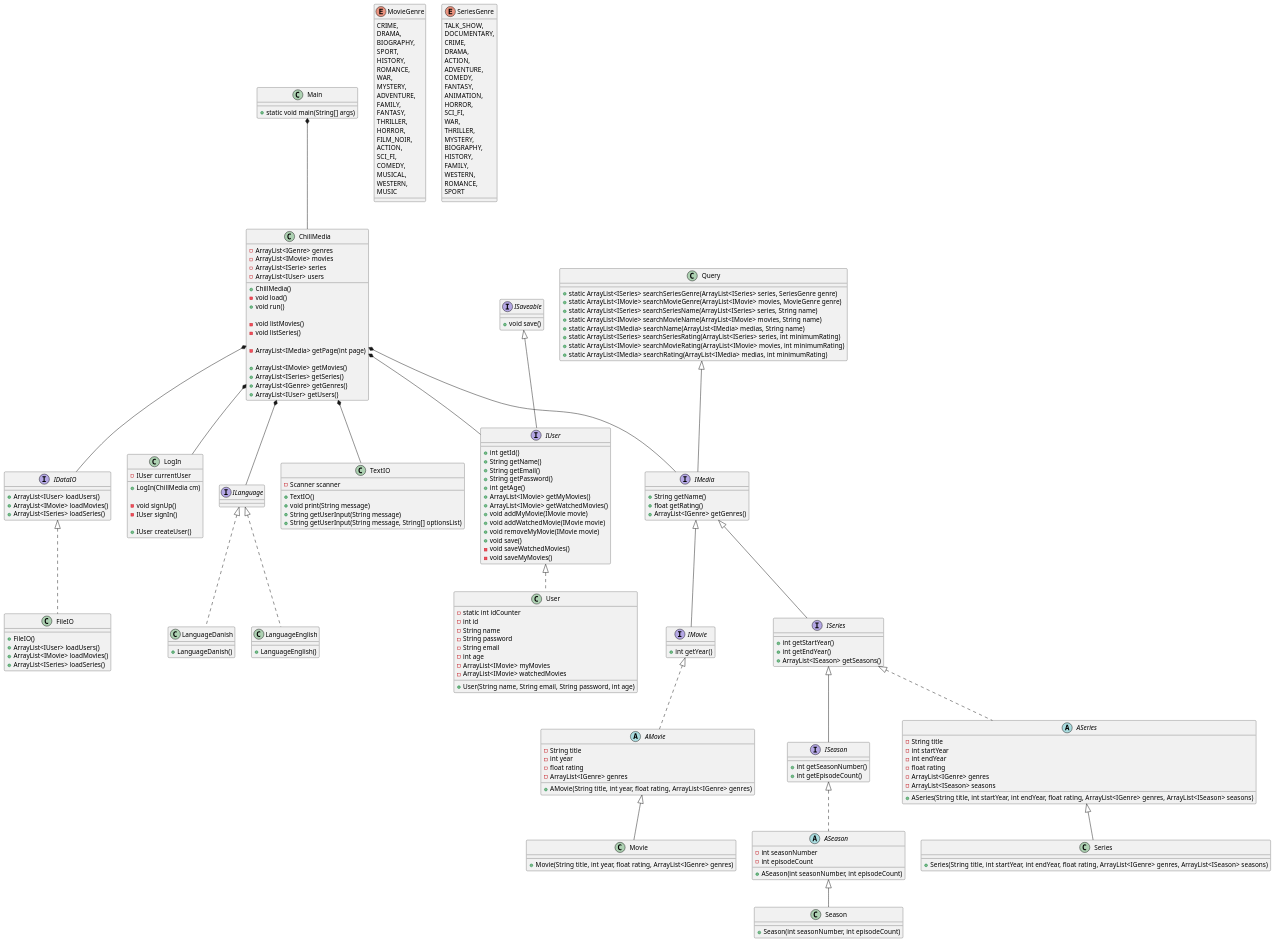
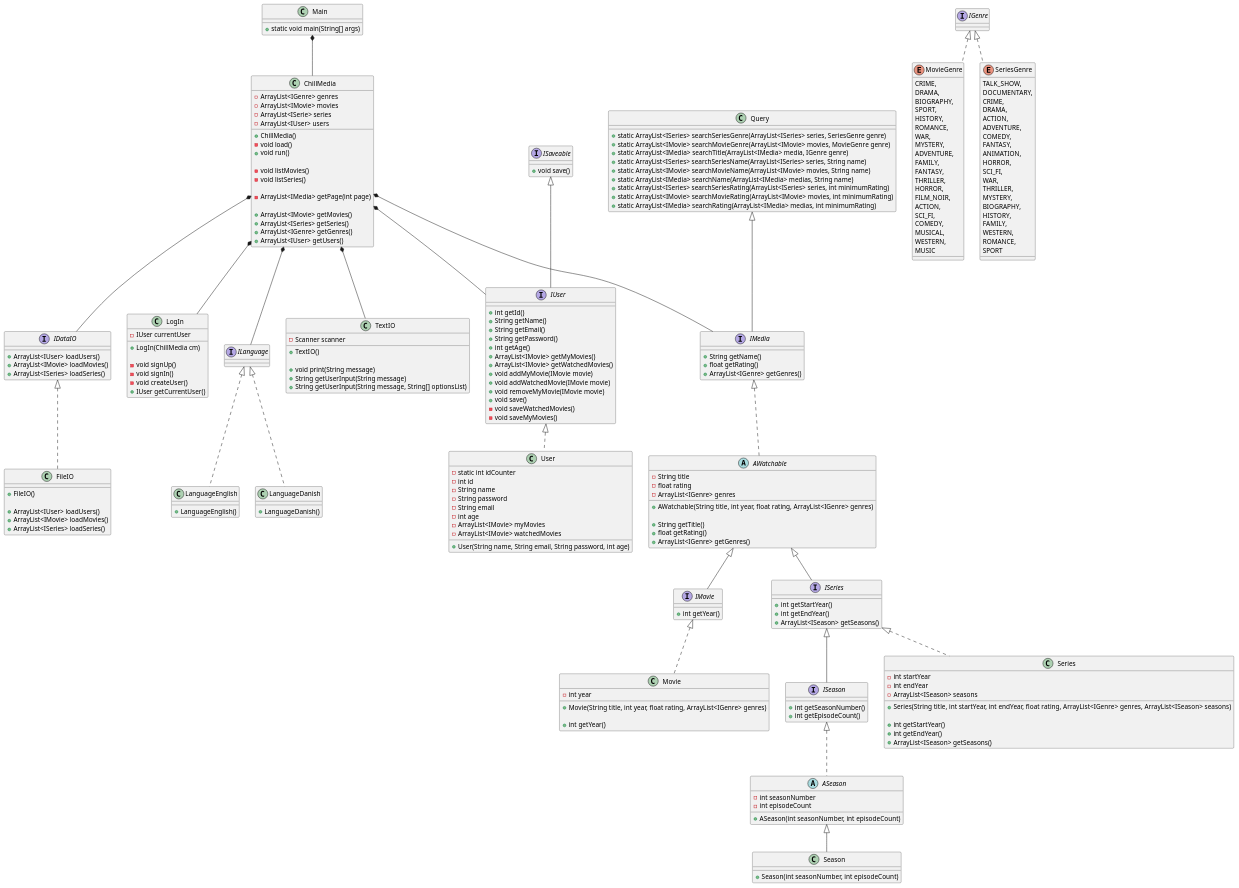
One commit to Peter537/Dat1-SP3 changed the diagram in Documentation/Streamingtjeneste.puml. Above: the diagram before and after it, drawn with PlantUML.

```diff
--- a/Documentation/Streamingtjeneste.puml
+++ b/Documentation/Streamingtjeneste.puml
@@ -8,7 +8,7 @@
     + static void main(String[] args)
 }
 
-' MAIN KLASSEN
+' Main klassen
 class ChillMedia {
     - ArrayList<IGenre> genres
     - ArrayList<IMovie> movies
@@ -36,17 +36,17 @@
     + LogIn(ChillMedia cm)
 
     - void signUp()
-    - IUser signIn()
-
-    + IUser createUser()
+    - void signIn()
+    - void createUser()
+    + IUser getCurrentUser()
 }
 
 class Query {
     ' STATIC CLASS, EVT. KUNNE MAN LAVE EN INSTANS AF DENNE
     ' OG BRUGE DEN I CHILLMEDIA OG DERFRA BRUGE QUERY
-
     + static ArrayList<ISeries> searchSeriesGenre(ArrayList<ISeries> series, SeriesGenre genre)
     + static ArrayList<IMovie> searchMovieGenre(ArrayList<IMovie> movies, MovieGenre genre)
+    + static ArrayList<IMedia> searchTitle(ArrayList<IMedia> media, IGenre genre)
     + static ArrayList<ISeries> searchSeriesName(ArrayList<ISeries> series, String name)
     + static ArrayList<IMovie> searchMovieName(ArrayList<IMovie> movies, String name)
     + static ArrayList<IMedia> searchName(ArrayList<IMedia> medias, String name)
@@ -59,6 +59,7 @@
     - Scanner scanner
 
     + TextIO()
+
     + void print(String message)
     + String getUserInput(String message)
     + String getUserInput(String message, String[] optionsList)
@@ -66,6 +67,7 @@
 
 class FileIO implements IDataIO {
     + FileIO()
+
     + ArrayList<IUser> loadUsers()
     + ArrayList<IMovie> loadMovies()
     + ArrayList<ISeries> loadSeries()
@@ -84,28 +86,35 @@
     + User(String name, String email, String password, int age)
 }
 
-class Movie extends AMovie {
+class Movie implements IMovie {
+    - int year
 
     + Movie(String title, int year, float rating, ArrayList<IGenre> genres)
+
+    + int getYear()
 }
 
-class Series extends ASeries {
+class Series implements ISeries {
+    - int startYear
+    - int endYear
+    - ArrayList<ISeason> seasons
 
     + Series(String title, int startYear, int endYear, float rating, ArrayList<IGenre> genres, ArrayList<ISeason> seasons)
+
+    + int getStartYear()
+    + int getEndYear()
+    + ArrayList<ISeason> getSeasons()
 }
 
 class Season extends ASeason {
-
     + Season(int seasonNumber, int episodeCount)
 }
 
 class LanguageDanish implements ILanguage {
-
     + LanguageDanish()
 }
 
 class LanguageEnglish implements ILanguage {
-
     + LanguageEnglish()
 }
 
@@ -113,25 +122,18 @@
 ' ABSTRACT CLASS
 ' *****************
 
-abstract class AMovie implements IMovie {
+abstract class AWatchable implements IMedia {
     - String title
-    - int year
     - float rating
     - ArrayList<IGenre> genres
 
-    + AMovie(String title, int year, float rating, ArrayList<IGenre> genres)
+    + AWatchable(String title, int year, float rating, ArrayList<IGenre> genres)
+
+    + String getTitle()
+    + float getRating()
+    + ArrayList<IGenre> getGenres()
 }
 
-abstract class ASeries implements ISeries {
-    - String title
-    - int startYear
-    - int endYear
-    - float rating
-    - ArrayList<IGenre> genres
-    - ArrayList<ISeason> seasons
-
-    + ASeries(String title, int startYear, int endYear, float rating, ArrayList<IGenre> genres, ArrayList<ISeason> seasons)
-}
 
 abstract class ASeason implements ISeason {
     - int seasonNumber
@@ -150,7 +152,7 @@
     + ArrayList<IGenre> getGenres()
 }
 
-interface ISeries implements IMedia {
+interface ISeries extends AWatchable {
     + int getStartYear()
     + int getEndYear()
     + ArrayList<ISeason> getSeasons()
@@ -161,7 +163,7 @@
     + int getEpisodeCount()
 }
 
-interface IMovie implements IMedia {
+interface IMovie extends AWatchable {
     + int getYear()
 }
 
@@ -195,11 +197,13 @@
     + void save()
 }
 
+interface IGenre { }
+
 ' *****************
 ' ENUMS
 ' *****************
 
-enum MovieGenre {
+enum MovieGenre implements IGenre {
     CRIME,
     DRAMA,
     BIOGRAPHY,
@@ -222,7 +226,7 @@
     MUSIC
 }
 
-enum SeriesGenre {
+enum SeriesGenre implements IGenre {
     TALK_SHOW,
     DOCUMENTARY,
     CRIME,
```
